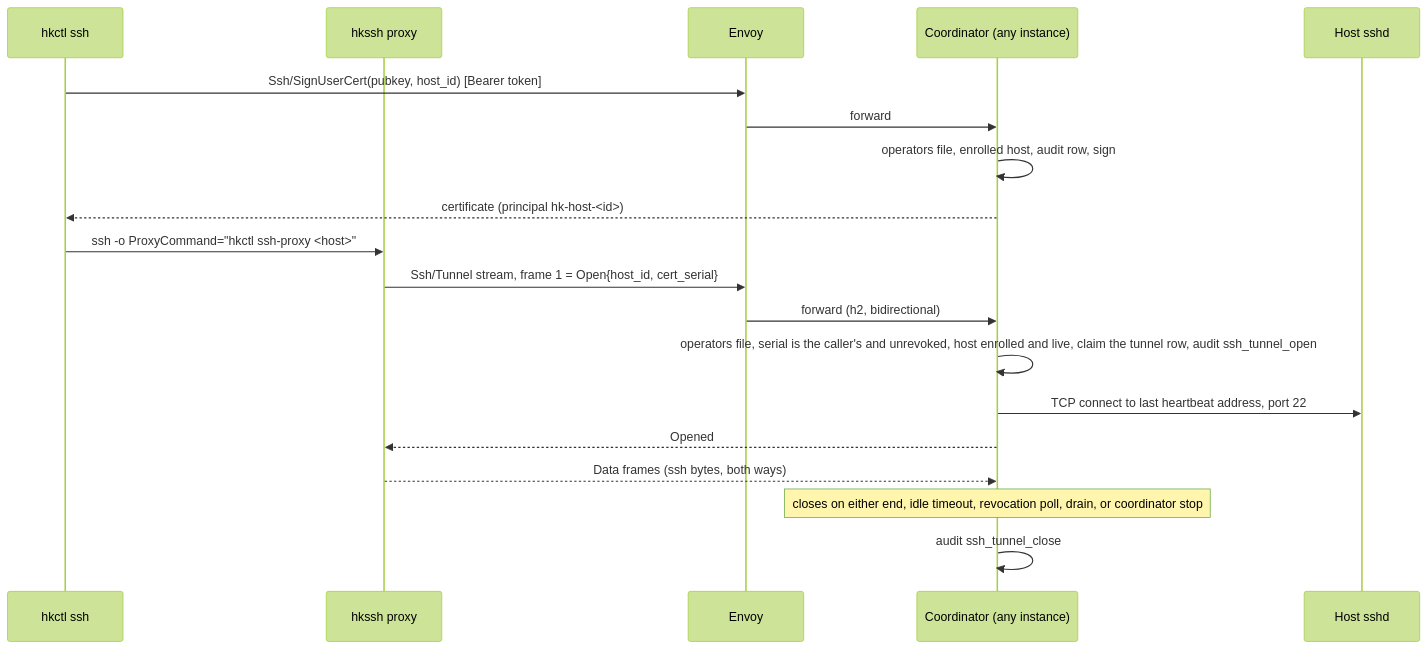
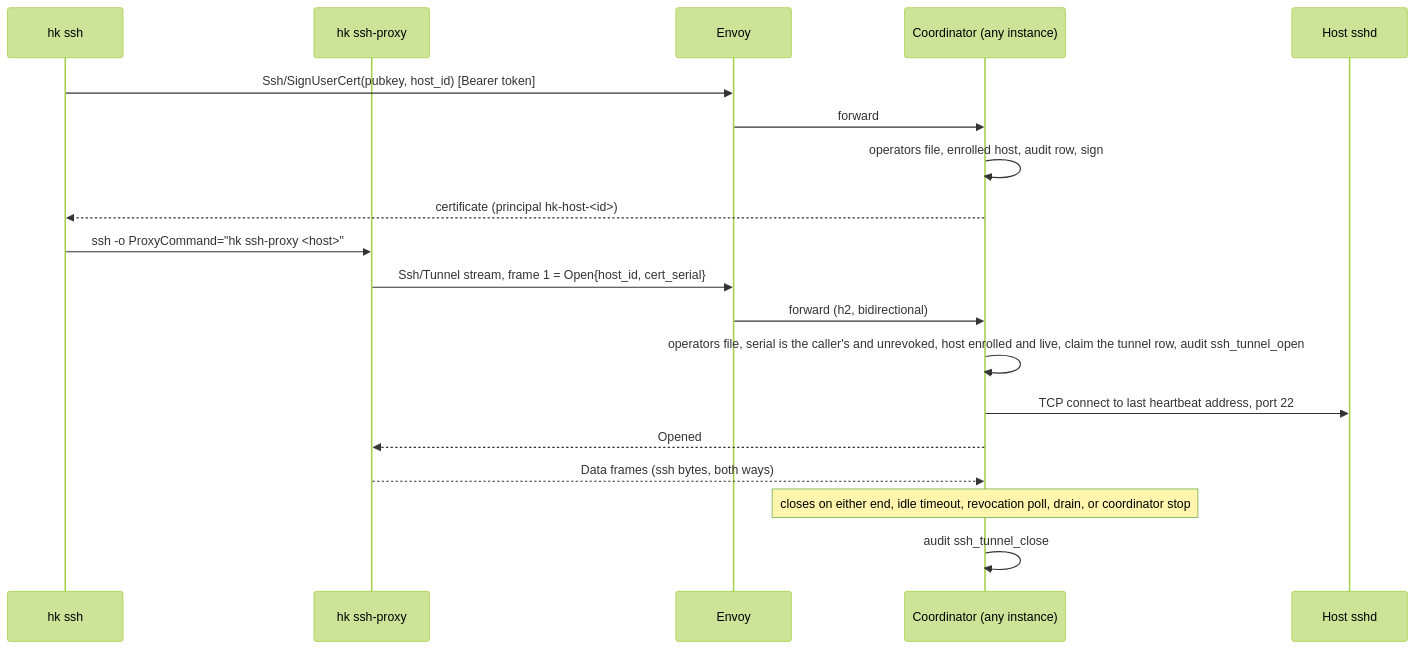
The second of 3 diagrams in docs/design/ssh-through-coordinator.md (komira-ai/hostkeeper), drawn with Mermaid (forest theme) before and after one commit. The commit also changed other lines of this file and 262 other files, not shown here.

First line of the commit message:
Replace hkctl and hkssh with one Rust CLI, hk, generated from the command table

````diff
--- a/docs/design/ssh-through-coordinator.md
+++ b/docs/design/ssh-through-coordinator.md
@@ -147,21 +149,21 @@
 ```mermaid
 sequenceDiagram
-    participant O as hkctl ssh
-    participant P as hkssh proxy
+    participant O as hk ssh
+    participant P as hk ssh-proxy
     participant E as Envoy
     participant C as Coordinator (any instance)
     participant H as Host sshd
     O->>E: Ssh/SignUserCert(pubkey, host_id)  [Bearer token]
     E->>C: forward
     C->>C: operators file, enrolled host, audit row, sign
     C-->>O: certificate (principal hk-host-<id>)
-    O->>P: ssh -o ProxyCommand="hkctl ssh-proxy <host>"
+    O->>P: ssh -o ProxyCommand="hk ssh-proxy <host>"
     P->>E: Ssh/Tunnel stream, frame 1 = Open{host_id, cert_serial}
     E->>C: forward (h2, bidirectional)
     C->>C: operators file, serial is the caller's and unrevoked, host enrolled and live, claim the tunnel row, audit ssh_tunnel_open
     C->>H: TCP connect to last heartbeat address, port 22
     C-->>P: Opened
     P-->>C: Data frames (ssh bytes, both ways)
     Note over C: closes on either end, idle timeout, revocation poll, drain, or coordinator stop
     C->>C: audit ssh_tunnel_close
 ```
````
